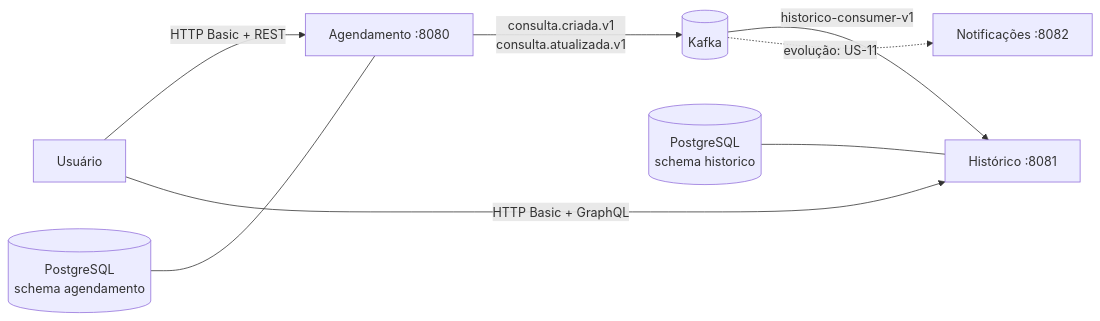
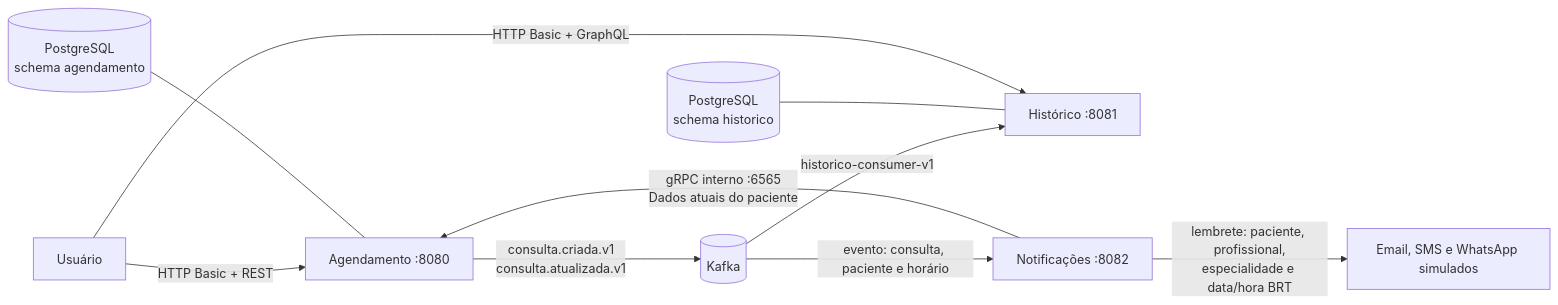
The first of 2 diagrams in docs/ROTEIRO_NAVEGACAO.md (ailtonmartins/tech-challenge-fiap-fase-3), drawn with Mermaid before and after one commit. The commit also changed other lines of this file and 4 other files, not shown here.

Commit message:
feat(gRPC): atualizar serviço de notificações para buscar dados do paciente via gRPC e atualizado documentação

````diff
--- a/docs/ROTEIRO_NAVEGACAO.md
+++ b/docs/ROTEIRO_NAVEGACAO.md
@@ -24,10 +24,12 @@
 ```mermaid
 flowchart LR
     U[Usuário] -->|HTTP Basic + REST| A[Agendamento :8080]
     A -->|consulta.criada.v1\nconsulta.atualizada.v1| K[(Kafka)]
     K -->|historico-consumer-v1| H[Histórico :8081]
     P[(PostgreSQL\nschema agendamento)] --- A
     PH[(PostgreSQL\nschema historico)] --- H
     U -->|HTTP Basic + GraphQL| H
-    K -. evolução: US-11 .-> N[Notificações :8082]
+    K -->|evento: consulta, paciente e horário| N[Notificações :8082]
+    N -->|gRPC interno :6565\nDados atuais do paciente| A
+    N -->|lembrete: paciente, profissional,\nespecialidade e data/hora BRT| C[Email, SMS e WhatsApp simulados]
 ```
````
